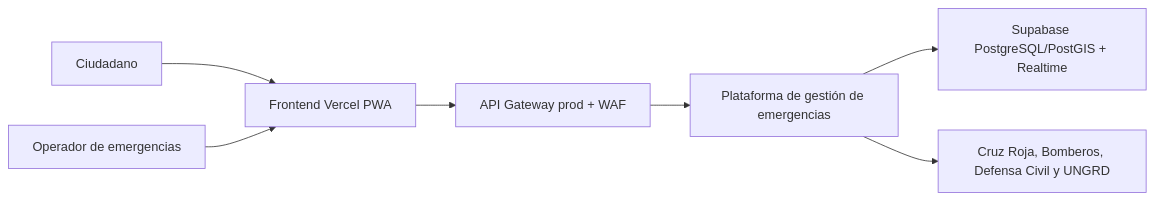
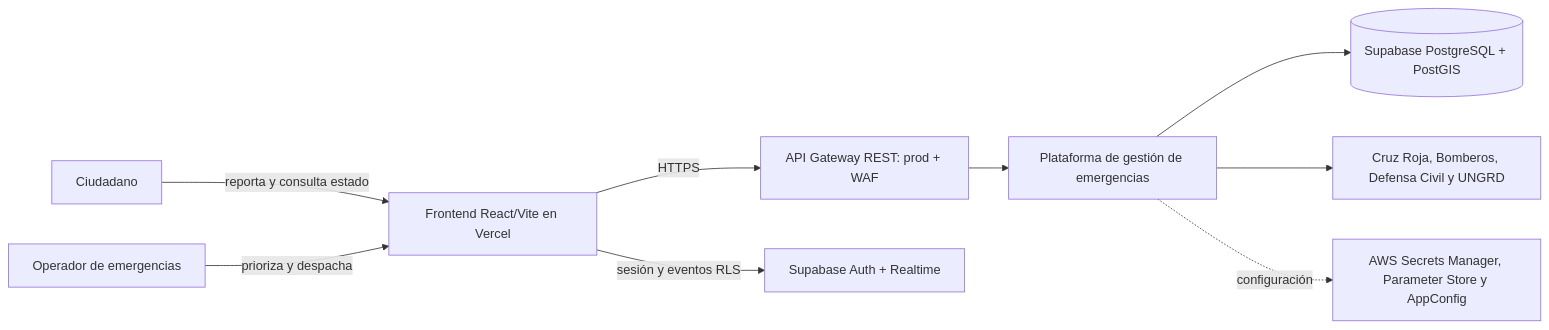
Before and after one commit to LaMajoP/parcial-uno-enfasis: the first of 4 diagrams in docs/arquitectura-c4.md, drawn with Mermaid. The commit also changed other lines of this file and 7 other files, not shown here.

````diff
--- a/docs/arquitectura-c4.md
+++ b/docs/arquitectura-c4.md
@@ -5,9 +20,11 @@
 ```mermaid
 flowchart LR
-    Citizen[Ciudadano] --> FE[Frontend Vercel PWA]
-    Operator[Operador de emergencias] --> FE
-    FE --> API[API Gateway prod + WAF]
+    Citizen[Ciudadano] -->|reporta y consulta estado| FE[Frontend React/Vite en Vercel]
+    Operator[Operador de emergencias] -->|prioriza y despacha| FE
+    FE -->|HTTPS| API[API Gateway REST: prod + WAF]
     API --> Platform[Plataforma de gestión de emergencias]
-    Platform --> Supabase[Supabase PostgreSQL/PostGIS + Realtime]
+    Platform --> DB[(Supabase PostgreSQL + PostGIS)]
+    FE -->|sesión y eventos RLS| SB[Supabase Auth + Realtime]
     Platform --> Agencies[Cruz Roja, Bomberos, Defensa Civil y UNGRD]
+    Platform -. configuración .-> AWS[AWS Secrets Manager, Parameter Store y AppConfig]
 ```
````
